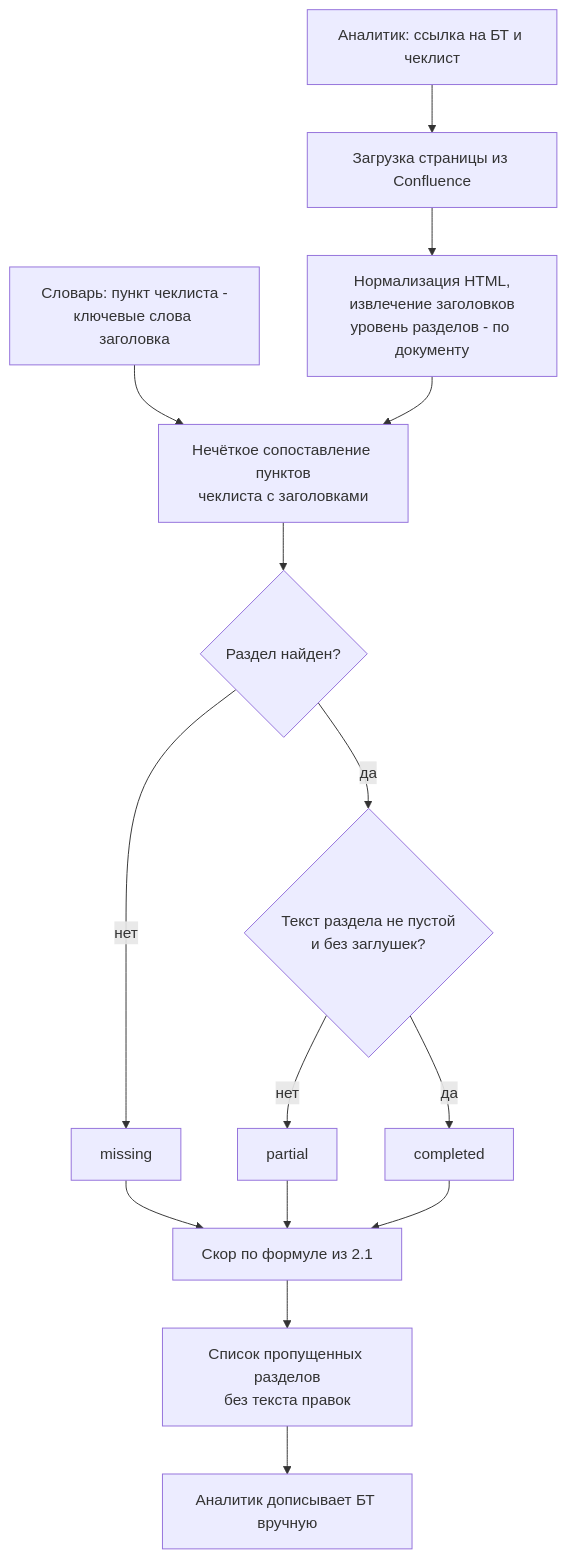
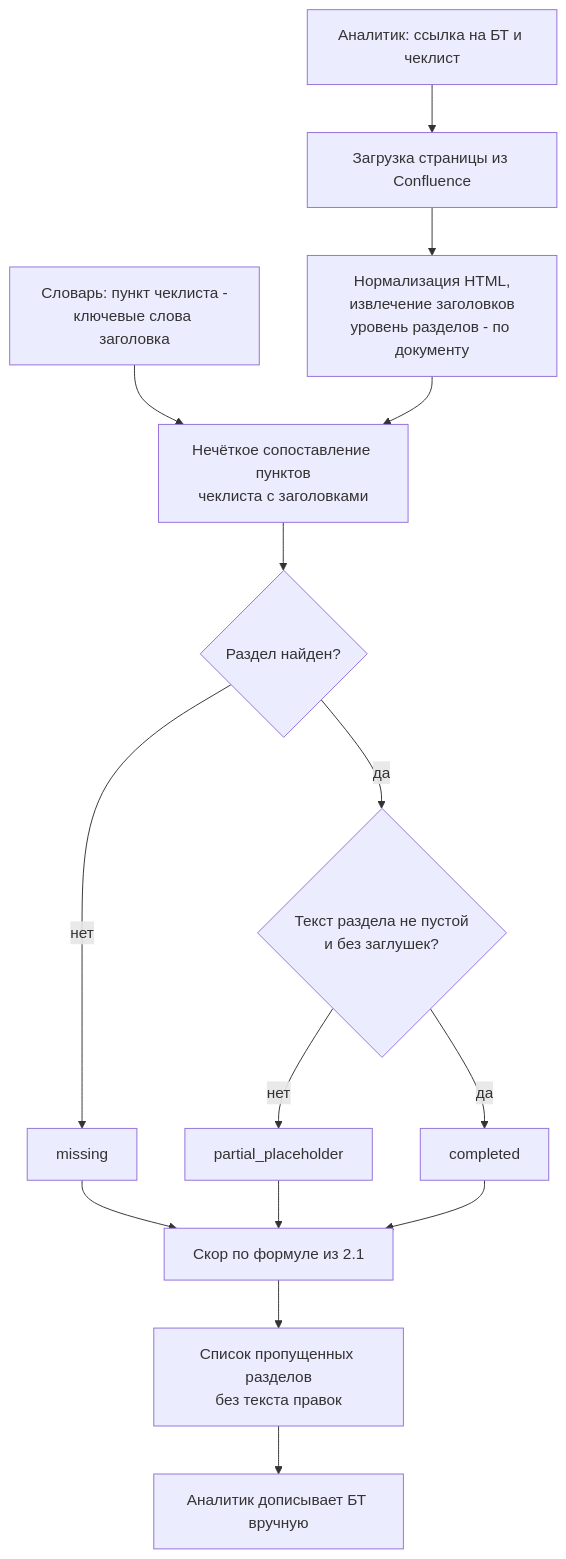
The first of 5 diagrams in docs/ml_system_design_doc.md (baton2809/ReqAssist2), drawn with Mermaid before and after one commit. The commit also changed other lines of this file, not shown here.

````diff
--- a/docs/ml_system_design_doc.md
+++ b/docs/ml_system_design_doc.md
@@ -274,17 +274,17 @@
 ```mermaid
 flowchart TD
     A[Аналитик: ссылка на БТ и чеклист] --> B[Загрузка страницы из Confluence]
     B --> C[Нормализация HTML,<br/>извлечение заголовков<br/>уровень разделов - по документу]
     D[Словарь: пункт чеклиста -<br/>ключевые слова заголовка] --> E
     C --> E[Нечёткое сопоставление пунктов<br/>чеклиста с заголовками]
     E --> F{Раздел найден?}
     F -->|нет| G[missing]
     F -->|да| H{Текст раздела не пустой<br/>и без заглушек?}
-    H -->|нет| I[partial]
+    H -->|нет| I[partial_placeholder]
     H -->|да| J[completed]
     G --> K[Скор по формуле из 2.1]
     I --> K
     J --> K
     K --> L[Список пропущенных разделов<br/>без текста правок]
     L --> M[Аналитик дописывает БТ вручную]
 ```
````
